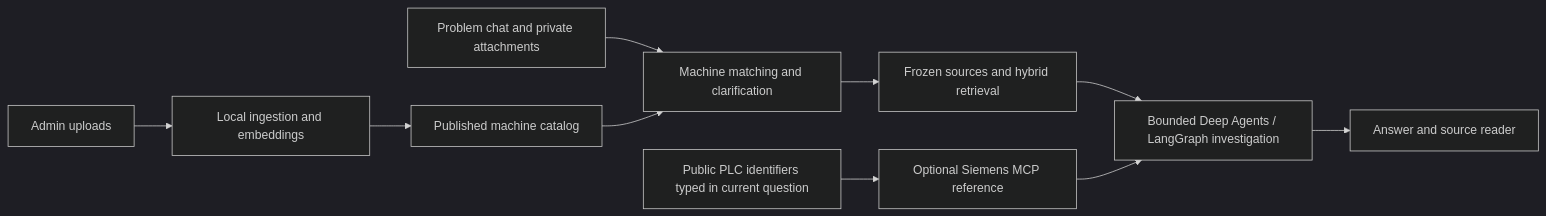
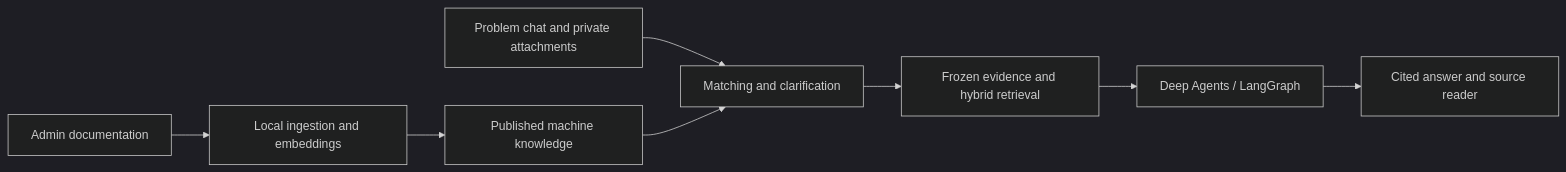
One commit to RichiiiTV/engineering-intelligence-lab changed the diagram in README.md. Above: the diagram before and after it, drawn with Mermaid (dark theme). The commit also changed other lines of this file and 23 other files, not shown here.

````diff
--- a/README.md
+++ b/README.md
@@ -148,12 +94,10 @@
 ```mermaid
 flowchart LR
-    A[Admin uploads] --> B[Local ingestion and embeddings]
-    B --> C[Published machine catalog]
-    D[Problem chat and private attachments] --> E[Machine matching and clarification]
+    A[Admin documentation] --> B[Local ingestion and embeddings]
+    B --> C[Published machine knowledge]
+    D[Problem chat and private attachments] --> E[Matching and clarification]
     C --> E
-    E --> F[Frozen sources and hybrid retrieval]
-    F --> G[Bounded Deep Agents / LangGraph investigation]
-    G --> H[Answer and source reader]
-    P[Public PLC identifiers typed in current question] --> S[Optional Siemens MCP reference]
-    S --> G
+    E --> F[Frozen evidence and hybrid retrieval]
+    F --> G[Deep Agents / LangGraph]
+    G --> H[Cited answer and source reader]
 ```
````
